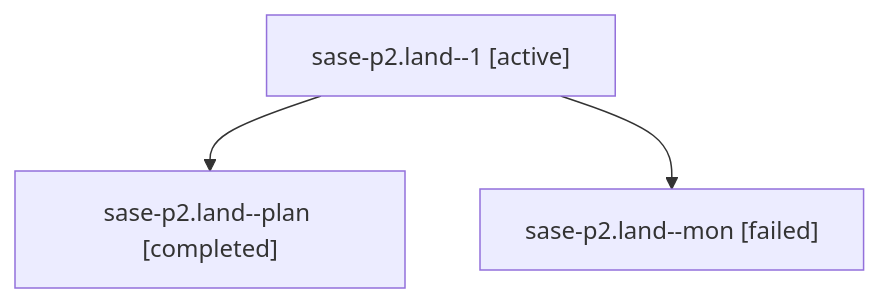
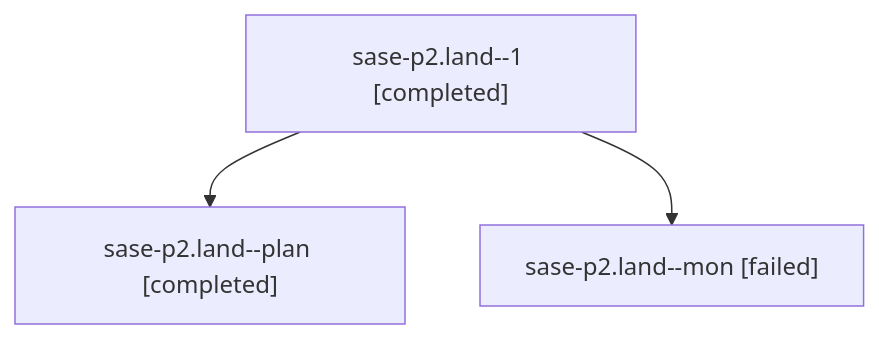
Before and after one commit to sase-org/sase--agents: the diagram in families/bbugyi200.athena.sase-p2.land.md, drawn with Mermaid. The commit also changed other lines of this file and 315 other files, not shown here.

````diff
--- a/families/bbugyi200.athena.sase-p2.land.md
+++ b/families/bbugyi200.athena.sase-p2.land.md
@@ -9,8 +9,8 @@
 ```mermaid
 flowchart TD
-  n0["sase-p2.land--1 [active]"]
+  n0["sase-p2.land--1 [completed]"]
   n1["sase-p2.land--plan [completed]"]
   n0 --> n1
   n2["sase-p2.land--mon [failed]"]
   n0 --> n2
 ```
````
